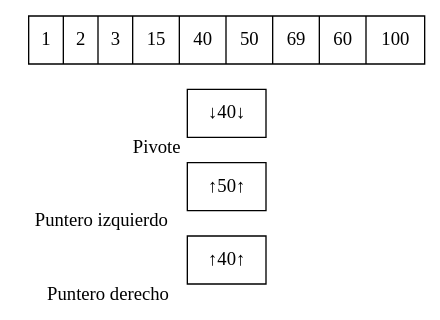
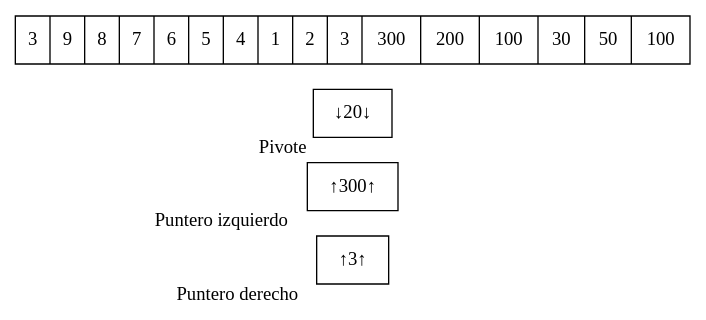
The diagram in src/Imagenes/quicksort/i56.dot (oscarc99/EDD_DIC_2019_PY2_201709140-), drawn with Graphviz before and after one commit. The commit also changed 655 other files, not shown here.

```diff
--- a/src/Imagenes/quicksort/i56.dot
+++ b/src/Imagenes/quicksort/i56.dot
@@ -1,5 +1,5 @@
 digraph G{ node [shape = record ];
- rankdir=LR;puntDer[label="↑40↑" xlabel="Puntero derecho" pos = "12,0!"]
-puntIzq[label="↑50↑" xlabel="Puntero izquierdo" pos = "8,0!"]
-pivote[label="↓40↓" xlabel ="Pivote" pos = "10,2!"]
-X[label="{ 1|2|3|15|40|50|69|60|100}" pos = "10,1!" ]}
+ rankdir=LR;puntDer[label="↑3↑" xlabel="Puntero derecho" pos = "12,0!"]
+puntIzq[label="↑300↑" xlabel="Puntero izquierdo" pos = "8,0!"]
+pivote[label="↓20↓" xlabel ="Pivote" pos = "10,2!"]
+X[label="{ 3|9|8|7|6|5|4|1|2|3|300|200|100|30|50|100}" pos = "10,1!" ]}
```
